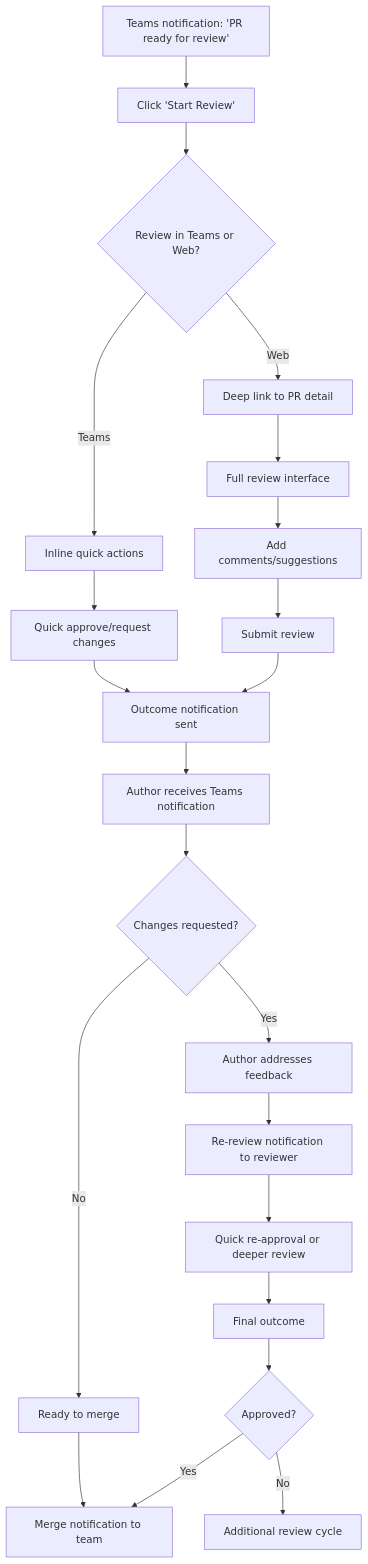
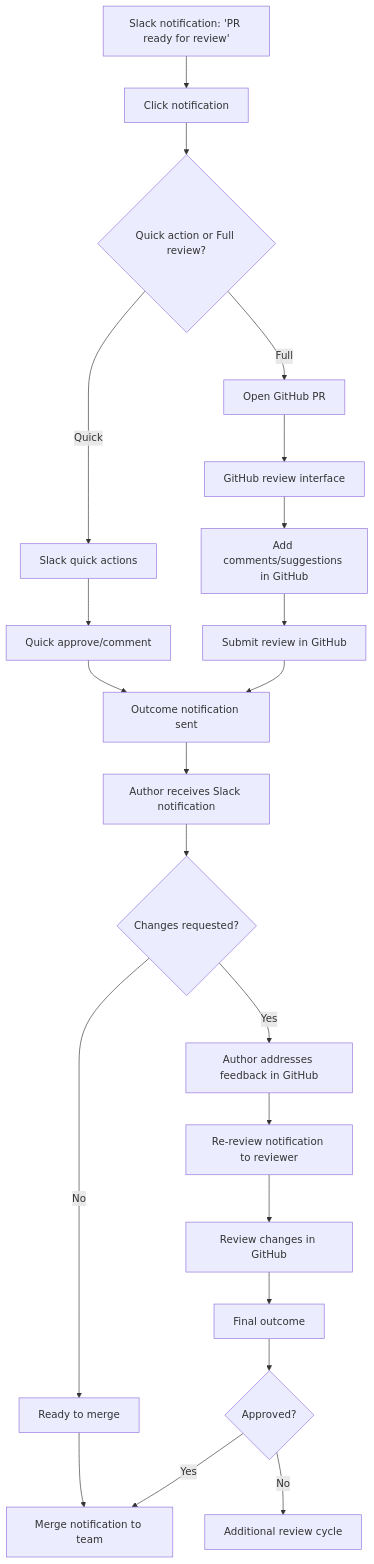
One commit to aviram-shubeili/code-flow changed the third of 3 diagrams in docs/front-end-spec.md. Above: the diagram before and after it, drawn with Mermaid. The commit also changed other lines of this file and 8 other files, not shown here.

````diff
--- a/docs/front-end-spec.md
+++ b/docs/front-end-spec.md
@@ -144,29 +143,29 @@
 ```mermaid
 graph TD
-    A[Teams notification: 'PR ready for review'] --> B[Click 'Start Review']
-    B --> C{Review in Teams or Web?}
-    C -->|Teams| D[Inline quick actions]
-    C -->|Web| E[Deep link to PR detail]
+    A[Slack notification: 'PR ready for review'] --> B[Click notification]
+    B --> C{Quick action or Full review?}
+    C -->|Quick| D[Slack quick actions]
+    C -->|Full| E[Open GitHub PR]
     
-    D --> F[Quick approve/request changes]
-    E --> G[Full review interface]
-    G --> H[Add comments/suggestions]
+    D --> F[Quick approve/comment]
+    E --> G[GitHub review interface]
+    G --> H[Add comments/suggestions in GitHub]
     
     F --> I[Outcome notification sent]
-    H --> J[Submit review]
+    H --> J[Submit review in GitHub]
     J --> I
     
-    I --> K[Author receives Teams notification]
+    I --> K[Author receives Slack notification]
     K --> L{Changes requested?}
-    L -->|Yes| M[Author addresses feedback]
+    L -->|Yes| M[Author addresses feedback in GitHub]
     L -->|No| N[Ready to merge]
     
     M --> O[Re-review notification to reviewer]
-    O --> P[Quick re-approval or deeper review]
+    O --> P[Review changes in GitHub]
     P --> Q[Final outcome]
     
     N --> R[Merge notification to team]
     Q --> S{Approved?}
     S -->|Yes| R
     S -->|No| T[Additional review cycle]
 ```
````
